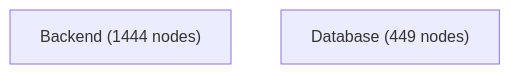
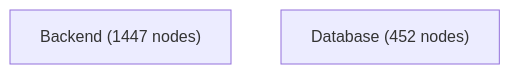
Before and after one commit to jankneumann/agentic-coding-tools: the first of 4 diagrams in docs/architecture-analysis/architecture.report.md, drawn with Mermaid. The commit also changed other lines of this file and 11 other files, not shown here.

Commit message:
docs(architecture): refresh projection ownership graph

````diff
--- a/docs/architecture-analysis/architecture.report.md
+++ b/docs/architecture-analysis/architecture.report.md
@@ -502,5 +502,5 @@
 ```mermaid
 flowchart TB
-    Backend["Backend (1444 nodes)"]
-    Database["Database (449 nodes)"]
+    Backend["Backend (1447 nodes)"]
+    Database["Database (452 nodes)"]
 ```
````
